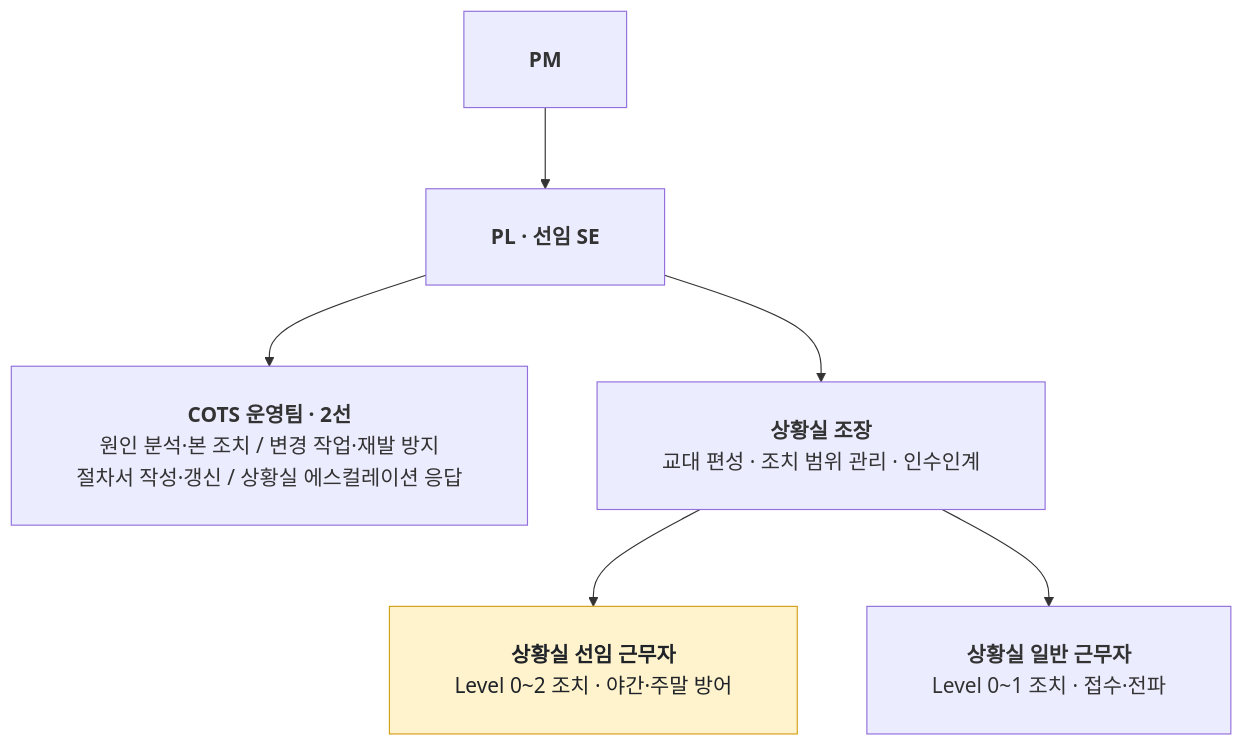
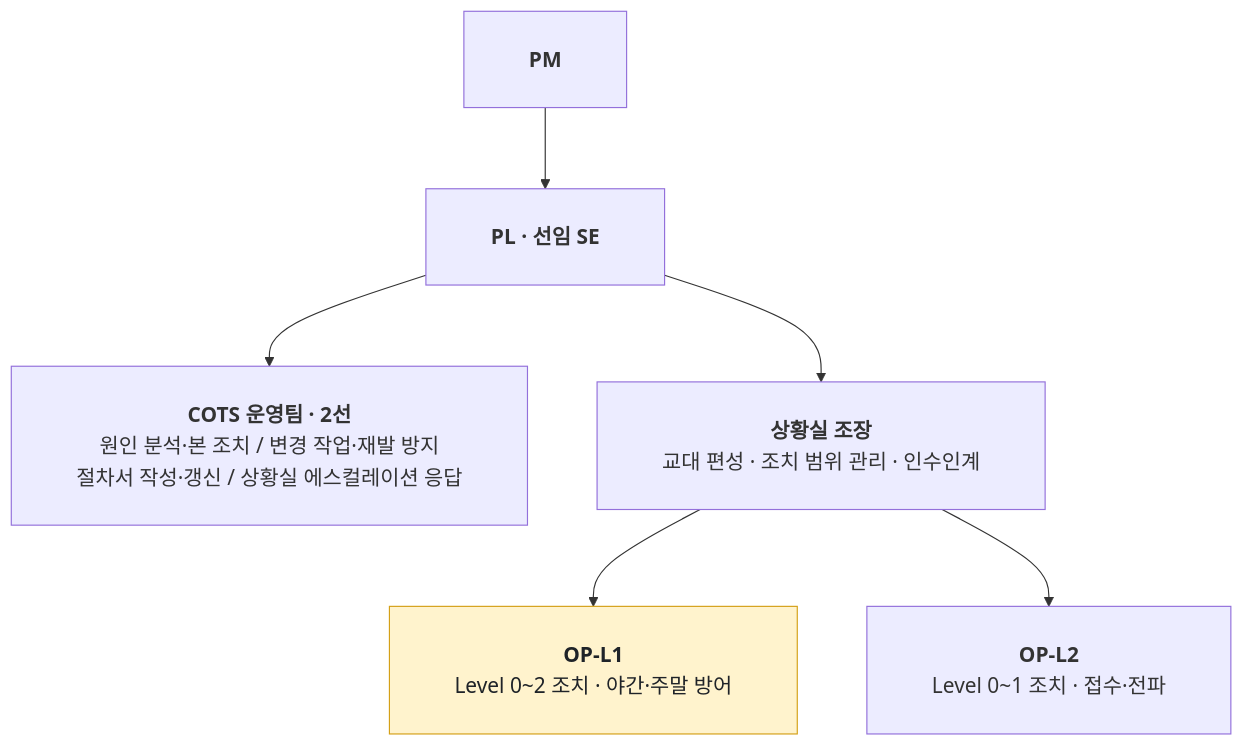
The first of 2 diagrams in Report/2026/COTS운영팀_상황실_운영_RnR_정의서_v0.1.md (HuntKim/DL_Boss), drawn with Mermaid before and after one commit. The commit also changed other lines of this file, not shown here.

````diff
--- a/Report/2026/COTS운영팀_상황실_운영_RnR_정의서_v0.1.md
+++ b/Report/2026/COTS운영팀_상황실_운영_RnR_정의서_v0.1.md
@@ -51,11 +51,11 @@
 ```mermaid
 %%{init: {"themeVariables":{"fontSize":"18px"},"flowchart":{"nodeSpacing":60,"rankSpacing":70,"padding":28,"wrappingWidth":460}}}%%
 flowchart TB
     PM["<b>PM</b>"] --> PLSE["<b>PL · 선임 SE</b>"]
     PLSE --> OPS["<b>COTS 운영팀 · 2선</b><br/>원인 분석·본 조치 / 변경 작업·재발 방지<br/>절차서 작성·갱신 / 상황실 에스컬레이션 응답"]
     PLSE --> LEAD["<b>상황실 조장</b><br/>교대 편성 · 조치 범위 관리 · 인수인계"]
-    LEAD --> SENIOR["<b>상황실 선임 근무자</b><br/>Level 0~2 조치 · 야간·주말 방어"]
-    LEAD --> JUNIOR["<b>상황실 일반 근무자</b><br/>Level 0~1 조치 · 접수·전파"]
+    LEAD --> SENIOR["<b>OP-L1</b><br/>Level 0~2 조치 · 야간·주말 방어"]
+    LEAD --> JUNIOR["<b>OP-L2</b><br/>Level 0~1 조치 · 접수·전파"]
     classDef senior fill:#fff3cd,stroke:#d4a017,color:#1f2328
     class SENIOR senior
 ```
````
